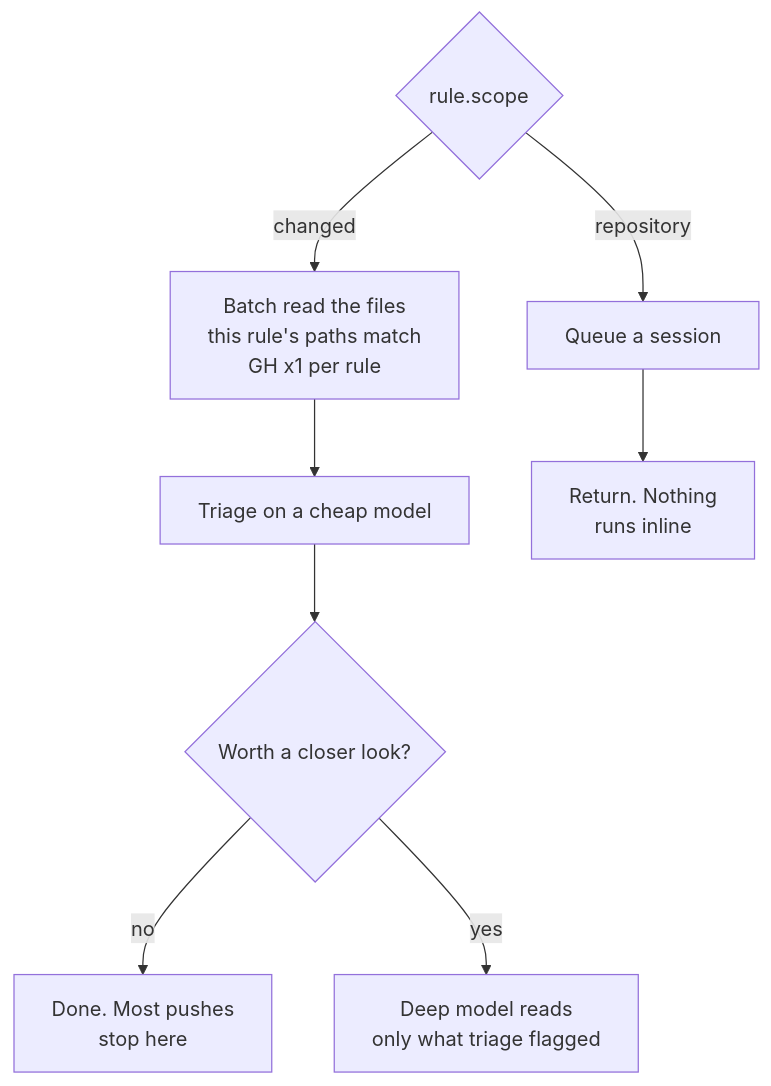
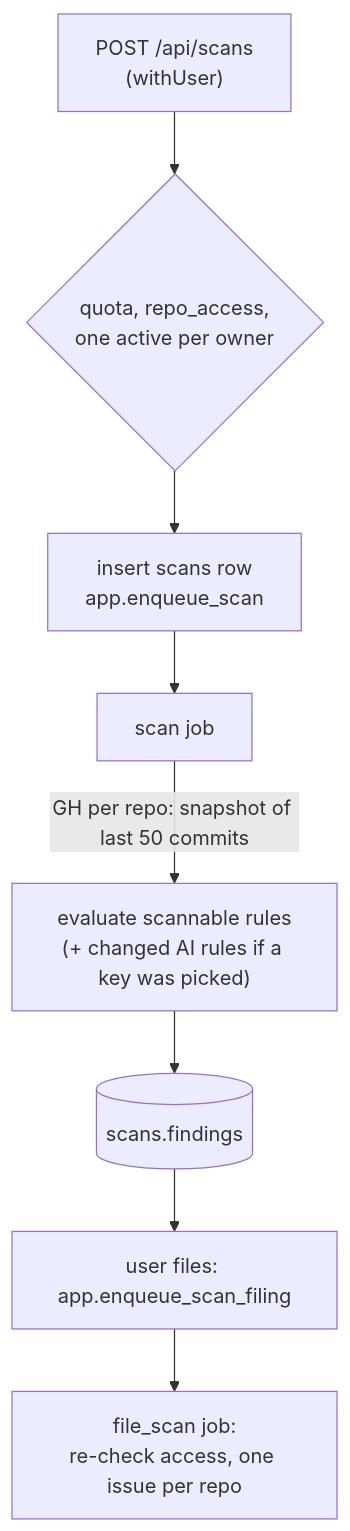
The sixth of 9 diagrams in RUNTIME.md (saadiqayyum/Pushguard), drawn with Mermaid before and after one commit. The commit also changed other lines of this file and 685 other files, not shown here.

````diff
--- a/RUNTIME.md
+++ b/RUNTIME.md
@@ -86,11 +167,10 @@
 ```mermaid
 flowchart TD
-  A{rule.scope} -->|changed| B["Batch read the files<br/>this rule's paths match<br/>GH x1 per rule"]
-  B --> C["Triage on a cheap model"]
-  C --> D{Worth a closer look?}
-  D -->|no| E[Done. Most pushes<br/>stop here]
-  D -->|yes| F[Deep model reads<br/>only what triage flagged]
-
-  A -->|repository| G[Queue a session]
-  G --> H[Return. Nothing<br/>runs inline]
+  A["POST /api/scans<br/>(withUser)"] --> B{"quota, repo_access,<br/>one active per owner"}
+  B --> C["insert scans row<br/>app.enqueue_scan"]
+  C --> D[scan job]
+  D -->|"GH per repo: snapshot of last 50 commits"| E["evaluate scannable rules<br/>(+ changed AI rules if a key was picked)"]
+  E --> F[(scans.findings)]
+  F --> G["user files: app.enqueue_scan_filing"]
+  G --> H["file_scan job:<br/>re-check access, one issue per repo"]
 ```
````
